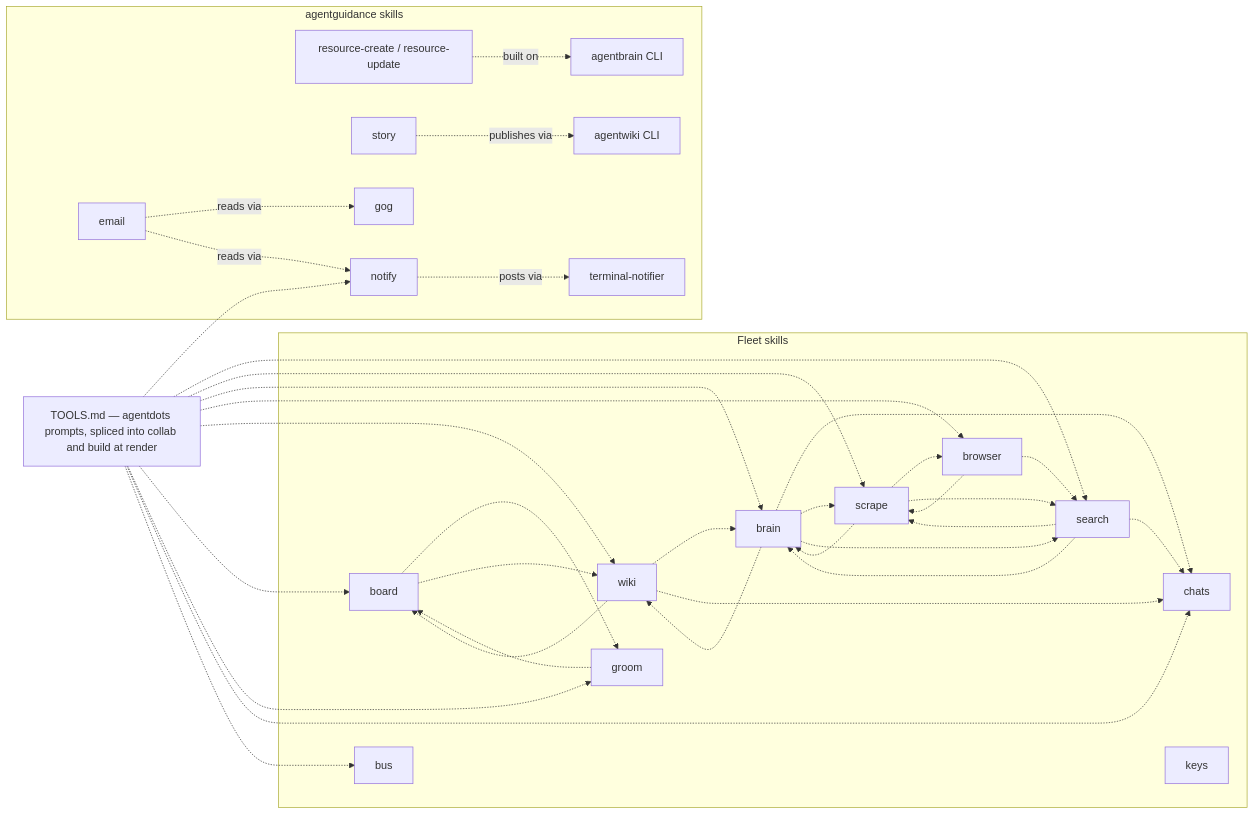
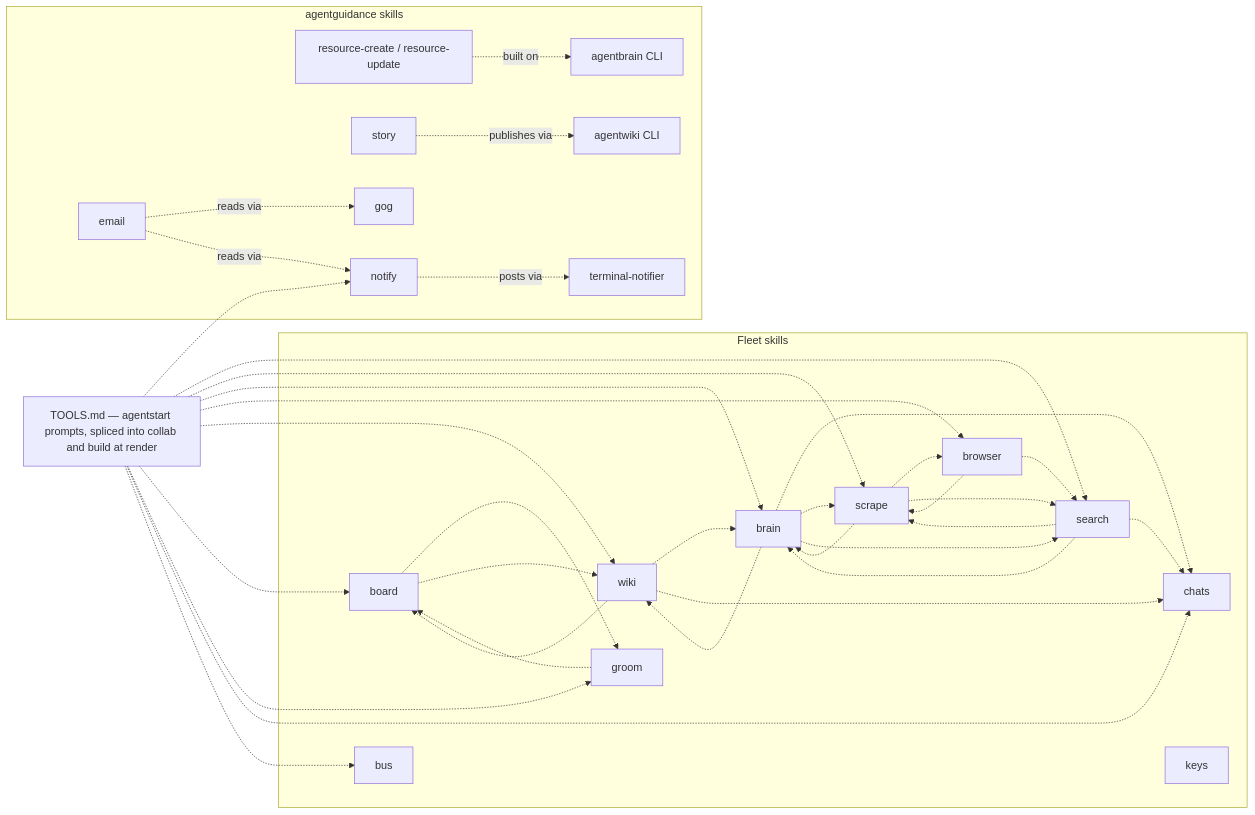
One commit to possibilities/agentdots changed the third of 3 diagrams in skills/fleet/MAP.md. Above: the diagram before and after it, drawn with Mermaid. The commit also changed other lines of this file and 27 other files, not shown here.

````diff
--- a/skills/fleet/MAP.md
+++ b/skills/fleet/MAP.md
@@ -93,24 +93,24 @@
 ```mermaid
 flowchart LR
     subgraph fleetSkills [Fleet skills]
         board -.-> groom & wiki
         groom -.-> board
         brain -.-> chats & scrape & search & wiki
         scrape -.-> brain & browser & search
         search -.-> brain & chats & scrape
         browser -.-> scrape & search
         wiki -.-> board & brain & chats
         chats
         keys
         bus
     end
 
     subgraph guidanceSkills [agentguidance skills]
         resource[resource-create / resource-update] -.->|built on| brainCli[agentbrain CLI]
         story -.->|publishes via| wikiCli[agentwiki CLI]
         notify -.->|posts via| notifierCli[terminal-notifier]
         email -.->|reads via| gogCli[gog] & notify
     end
 
-    tools[TOOLS.md — agentdots prompts, spliced into collab and build at render] -.-> search & scrape & brain & browser & wiki & board & groom & chats & bus & notify
+    tools[TOOLS.md — agentstart prompts, spliced into collab and build at render] -.-> search & scrape & brain & browser & wiki & board & groom & chats & bus & notify
 ```
````
